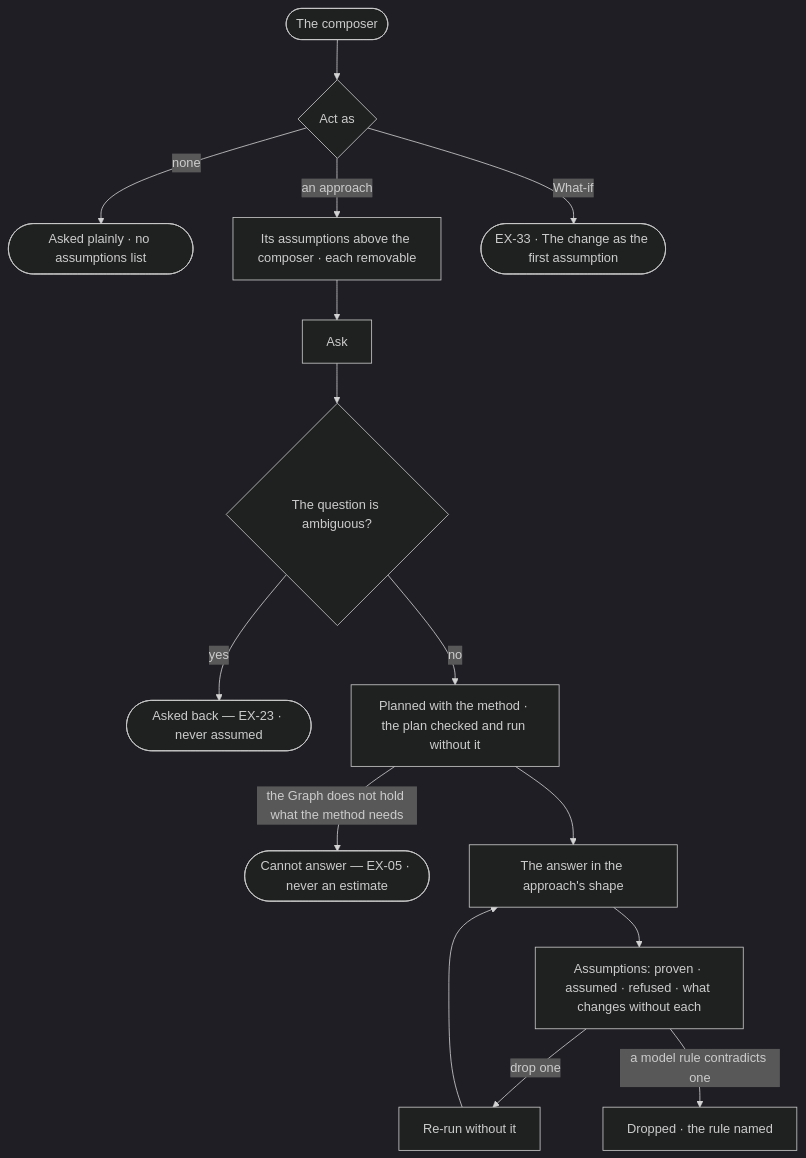
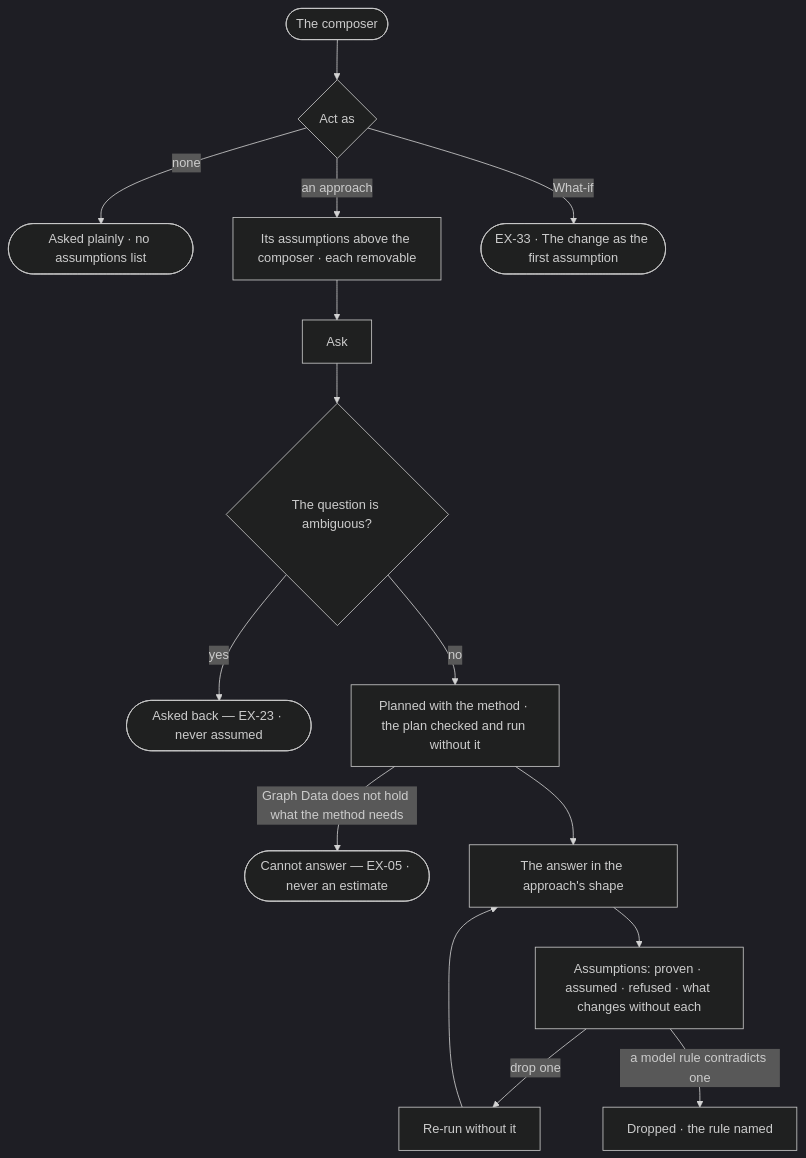
One commit to invana/invana changed the diagram in specs/capabilities/explore/features/EX-F05-when-it-cannot-answer-and-how-it-reasons/stories/EX-24-ask-with-an-approach-and-see-its-assumptions/story.md. Above: the diagram before and after it, drawn with Mermaid (dark theme). The commit also changed other lines of this file and 69 other files, not shown here.

First line of the commit message:
feat(specs): retire Graph as an object — Graph Data is the screen word

````diff
--- a/specs/capabilities/explore/features/EX-F05-when-it-cannot-answer-and-how-it-reasons/stories/EX-24-ask-with-an-approach-and-see-its-assumptions/story.md
+++ b/specs/capabilities/explore/features/EX-F05-when-it-cannot-answer-and-how-it-reasons/stories/EX-24-ask-with-an-approach-and-see-its-assumptions/story.md
@@ -27,17 +27,17 @@
 ```mermaid
 flowchart TD
   a([The composer]) --> p{"Act as"}
   p -->|none| plain([Asked plainly · no assumptions list])
   p -->|an approach| pre["Its assumptions above the composer · each removable"]
   p -->|What-if| wi(["EX-33 · The change as the first assumption"])
   pre --> ask[Ask]
   ask --> amb{The question is ambiguous?}
   amb -->|yes| cq(["Asked back — EX-23 · never assumed"])
   amb -->|no| run["Planned with the method · the plan checked and run without it"]
-  run -->|the Graph does not hold what the method needs| ca(["Cannot answer — EX-05 · never an estimate"])
+  run -->|Graph Data does not hold what the method needs| ca(["Cannot answer — EX-05 · never an estimate"])
   run --> ans["The answer in the approach's shape"]
   ans --> led["Assumptions: proven · assumed · refused · what changes without each"]
   led -->|drop one| re["Re-run without it"]
   re --> ans
   led -->|a model rule contradicts one| dr["Dropped · the rule named"]
 ```
````
